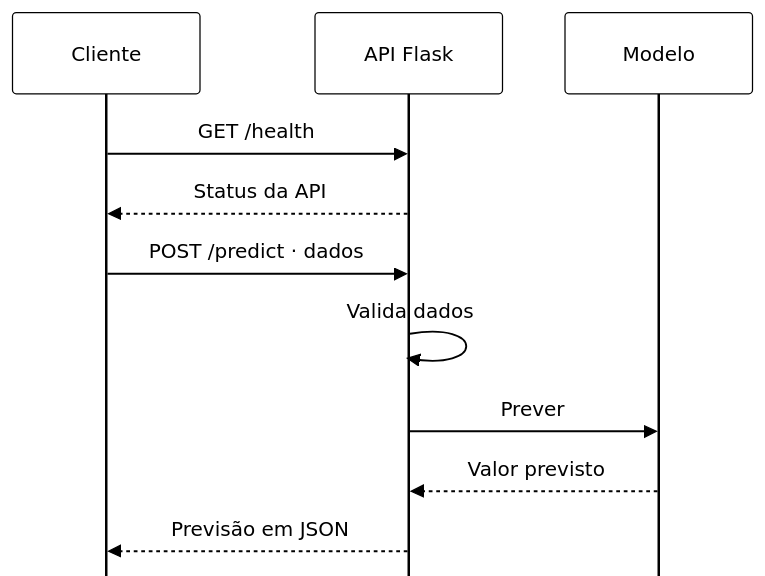
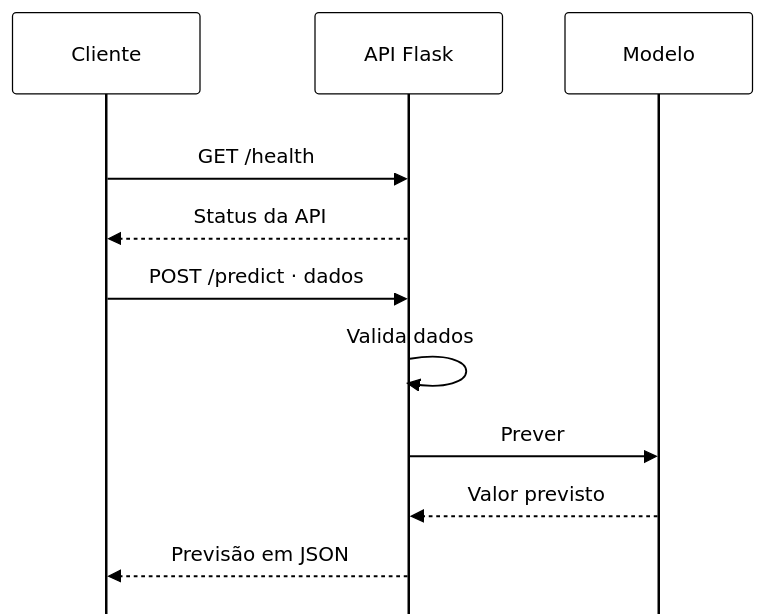
One commit to enzopiolcerutti/atividade-mlu-docker changed the second of 2 diagrams in README.md. Above: the diagram before and after it, drawn with Mermaid. The commit also changed other lines of this file, not shown here.

Commit message:
docs: corrige diagrama

````diff
--- a/README.md
+++ b/README.md
@@ -33,16 +37,18 @@
 ```mermaid
 %%{init: {"theme": "base", "themeVariables": {"actorBkg": "#ffffff", "actorBorder": "#000000", "actorTextColor": "#000000", "actorLineColor": "#000000", "signalColor": "#000000", "signalTextColor": "#000000", "labelBoxBkgColor": "#ffffff", "labelBoxBorderColor": "#000000", "labelTextColor": "#000000"}, "sequence": {"mirrorActors": false}}}%%
 sequenceDiagram
     participant C as Cliente
     participant A as API Flask
     participant M as Modelo
 
-    C->>A: GET /health
-    A-->>C: Status da API
+    rect rgb(255, 255, 255)
+        C->>A: GET /health
+        A-->>C: Status da API
 
-    C->>A: POST /predict · dados
-    A->>A: Valida dados
-    A->>M: Prever
-    M-->>A: Valor previsto
-    A-->>C: Previsão em JSON
+        C->>A: POST /predict · dados
+        A->>A: Valida dados
+        A->>M: Prever
+        M-->>A: Valor previsto
+        A-->>C: Previsão em JSON
+    end
 ```
````
